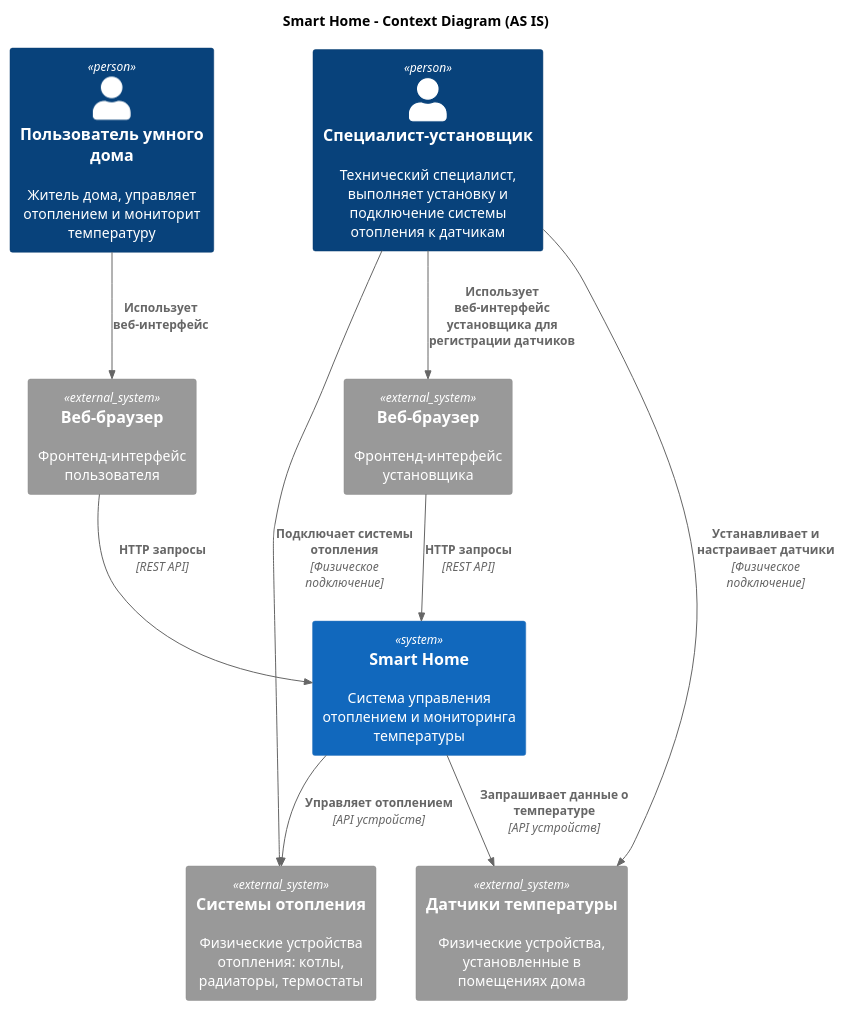
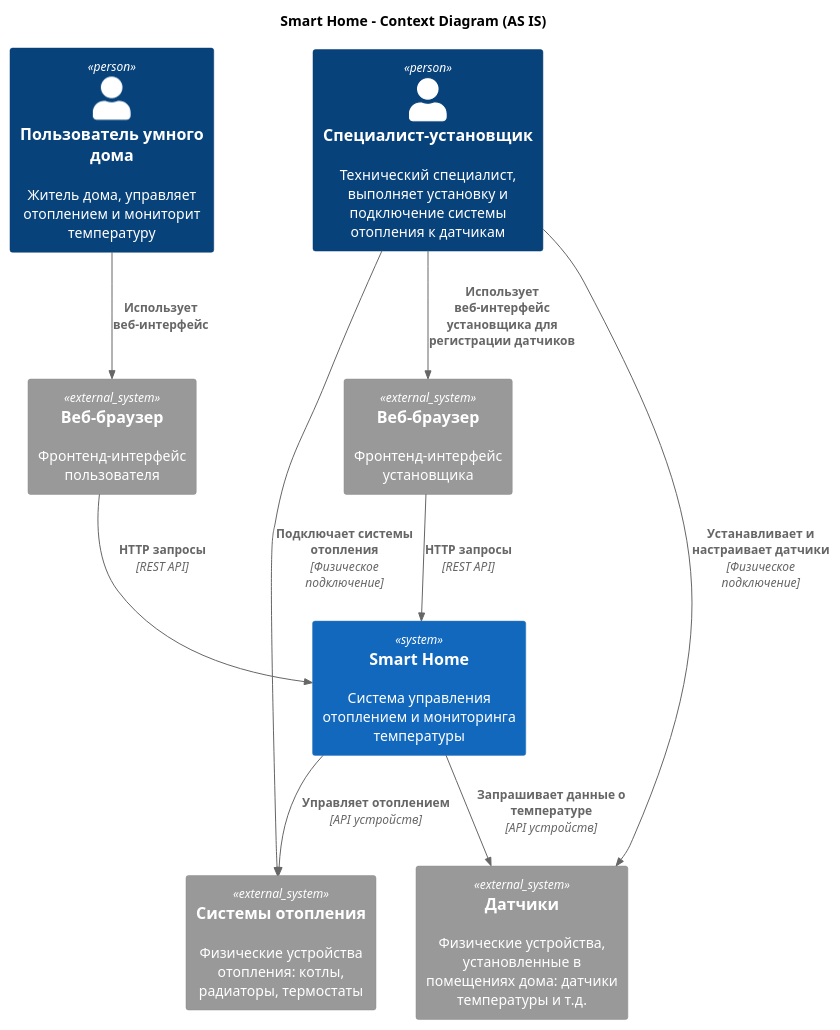
One commit to nurbek-sozoev/architecture-warmhouse changed the diagram in apps/diagrams/context-diagram-as-is.puml. Above: the diagram before and after it, drawn with PlantUML. The commit also changed 1 other file, not shown here.

Commit message:
Added to be diagram

```diff
--- a/apps/diagrams/context-diagram-as-is.puml
+++ b/apps/diagrams/context-diagram-as-is.puml
@@ -1,31 +1,31 @@
 @startuml
 !include https://raw.githubusercontent.com/plantuml-stdlib/C4-PlantUML/master/C4_Context.puml
 
 title Smart Home - Context Diagram (AS IS)
 
 Person(homeowner, "Пользователь умного дома", "Житель дома, управляет отоплением и мониторит температуру")
 Person(installer, "Специалист-установщик", "Технический специалист, выполняет установку и подключение системы отопления к датчикам")
 
 System(smartHomeMonolith, "Smart Home", "Система управления отоплением и мониторинга температуры")
 
-System_Ext(temperatureSensors, "Датчики температуры", "Физические устройства, установленные в помещениях дома")
+System_Ext(sensors, "Датчики", "Физические устройства, установленные в помещениях дома: датчики температуры и т.д.")
 System_Ext(heatingDevices, "Системы отопления", "Физические устройства отопления: котлы, радиаторы, термостаты")
 System_Ext(webBrowser, "Веб-браузер", "Фронтенд-интерфейс пользователя")
 System_Ext(installerWebBrowser, "Веб-браузер", "Фронтенд-интерфейс установщика")
 
 ' Взаимодействие пользователя
 Rel(homeowner, webBrowser, "Использует веб-интерфейс")
 Rel(webBrowser, smartHomeMonolith, "HTTP запросы", "REST API")
 
 Rel(installer, installerWebBrowser, "Использует веб-интерфейс установщика для регистрации датчиков")
 Rel(installerWebBrowser, smartHomeMonolith, "HTTP запросы", "REST API")
 
 ' Взаимодействие установщика
-Rel(installer, temperatureSensors, "Устанавливает и настраивает датчики", "Физическое подключение")
+Rel(installer, sensors, "Устанавливает и настраивает датчики", "Физическое подключение")
 Rel(installer, heatingDevices, "Подключает системы отопления", "Физическое подключение")
 
 ' Взаимодействие системы с устройствами
-Rel(smartHomeMonolith, temperatureSensors, "Запрашивает данные о температуре", "API устройств")
+Rel(smartHomeMonolith, sensors, "Запрашивает данные о температуре", "API устройств")
 Rel(smartHomeMonolith, heatingDevices, "Управляет отоплением", "API устройств")
 
 @enduml
```
